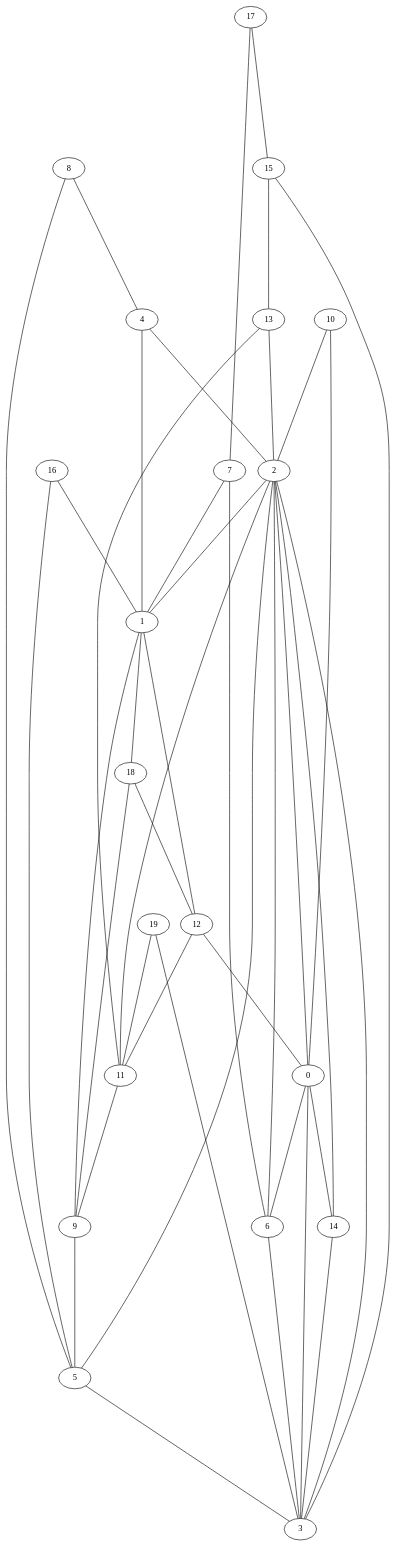
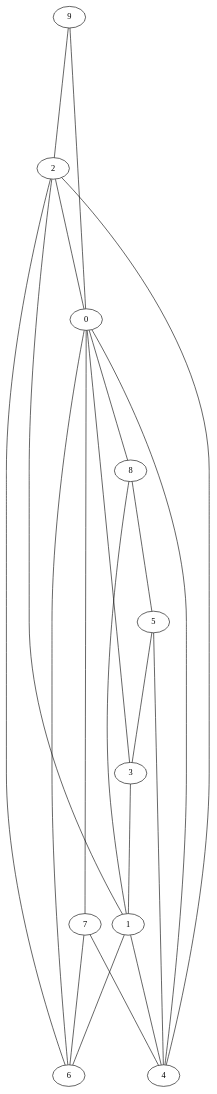
Before and after one commit to thisthat/Master-Thesis: the diagram in Application/parser/out/topology.dot, drawn with Graphviz. The commit also changed 29 other files, not shown here.

```diff
--- a/Application/parser/out/topology.dot
+++ b/Application/parser/out/topology.dot
@@ -1,44 +1,24 @@
 digraph world {
 
 	graph [ranksep=3, root="0"];
+	2 -> 0 [label="", arrowhead=none];
 	2 -> 1 [label="", arrowhead=none];
-	2 -> 0 [label="", arrowhead=none];
-	3 -> 2 [label="", arrowhead=none];
 	3 -> 0 [label="", arrowhead=none];
+	3 -> 1 [label="", arrowhead=none];
+	4 -> 0 [label="", arrowhead=none];
 	4 -> 2 [label="", arrowhead=none];
-	4 -> 1 [label="", arrowhead=none];
+	5 -> 4 [label="", arrowhead=none];
 	5 -> 3 [label="", arrowhead=none];
-	5 -> 2 [label="", arrowhead=none];
 	6 -> 2 [label="", arrowhead=none];
-	6 -> 3 [label="", arrowhead=none];
+	6 -> 0 [label="", arrowhead=none];
 	7 -> 6 [label="", arrowhead=none];
-	7 -> 1 [label="", arrowhead=none];
-	8 -> 4 [label="", arrowhead=none];
+	7 -> 4 [label="", arrowhead=none];
+	8 -> 1 [label="", arrowhead=none];
 	8 -> 5 [label="", arrowhead=none];
-	9 -> 1 [label="", arrowhead=none];
-	9 -> 5 [label="", arrowhead=none];
-	10 -> 2 [label="", arrowhead=none];
-	10 -> 0 [label="", arrowhead=none];
-	11 -> 9 [label="", arrowhead=none];
-	11 -> 2 [label="", arrowhead=none];
-	12 -> 0 [label="", arrowhead=none];
-	12 -> 11 [label="", arrowhead=none];
-	13 -> 11 [label="", arrowhead=none];
-	13 -> 2 [label="", arrowhead=none];
-	14 -> 2 [label="", arrowhead=none];
-	14 -> 3 [label="", arrowhead=none];
-	15 -> 3 [label="", arrowhead=none];
-	15 -> 13 [label="", arrowhead=none];
-	17 -> 7 [label="", arrowhead=none];
-	17 -> 15 [label="", arrowhead=none];
-	16 -> 1 [label="", arrowhead=none];
-	16 -> 5 [label="", arrowhead=none];
-	19 -> 3 [label="", arrowhead=none];
-	19 -> 11 [label="", arrowhead=none];
-	18 -> 9 [label="", arrowhead=none];
-	18 -> 12 [label="", arrowhead=none];
-	0 -> 14 [label="", arrowhead=none];
-	0 -> 6 [label="", arrowhead=none];
-	1 -> 12 [label="", arrowhead=none];
-	1 -> 18 [label="", arrowhead=none];
+	9 -> 2 [label="", arrowhead=none];
+	9 -> 0 [label="", arrowhead=none];
+	0 -> 8 [label="", arrowhead=none];
+	0 -> 7 [label="", arrowhead=none];
+	1 -> 4 [label="", arrowhead=none];
+	1 -> 6 [label="", arrowhead=none];
 }
```
